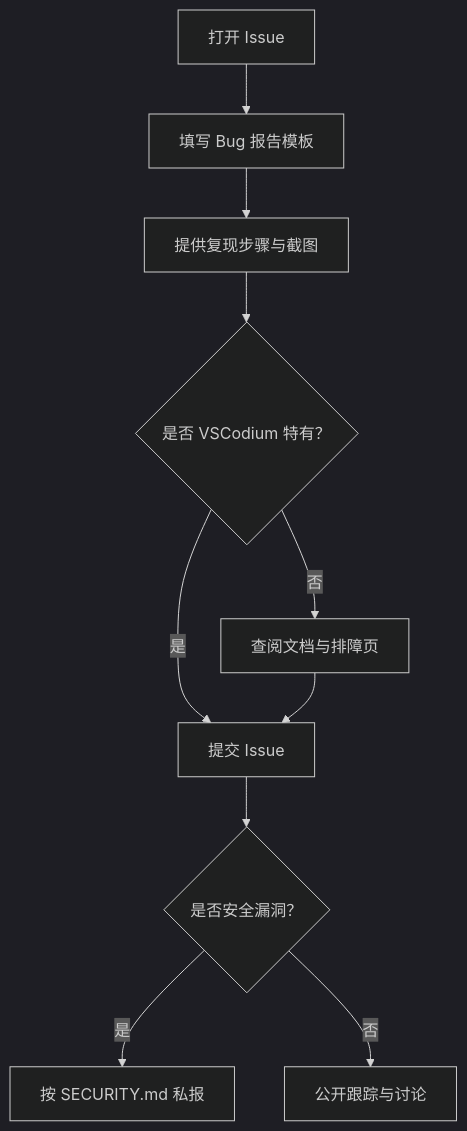
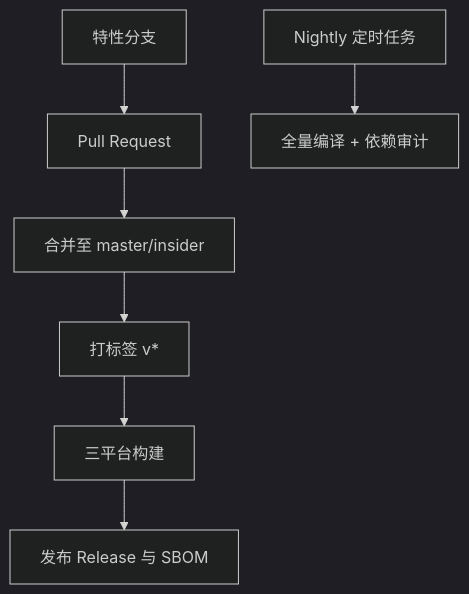
Before and after one commit to sofate798/KodrixCode: the fifth of 7 diagrams in .qoder/repowiki/zh/content/贡献指南.md, drawn with Mermaid (dark theme). The commit also changed other lines of this file and 178 other files, not shown here.

````diff
--- a/.qoder/repowiki/zh/content/贡献指南.md
+++ b/.qoder/repowiki/zh/content/贡献指南.md
@@ -215,12 +176,9 @@
 ```mermaid
 flowchart TD
-OpenIssue["打开 Issue"] --> FillTemplate["填写 Bug 报告模板"]
-FillTemplate --> Reproduce["提供复现步骤与截图"]
-Reproduce --> ConfirmScope{"是否 VSCodium 特有？"}
-ConfirmScope --> |是| Submit["提交 Issue"]
-ConfirmScope --> |否| CheckDocs["查阅文档与排障页"]
-CheckDocs --> Submit
-Submit --> SecurityCheck{"是否安全漏洞？"}
-SecurityCheck --> |是| PrivateReport["按 SECURITY.md 私报"]
-SecurityCheck --> |否| PublicTrack["公开跟踪与讨论"]
+Feature["特性分支"] --> PR["Pull Request"]
+PR --> Merge["合并至 master/insider"]
+Merge --> Tag["打标签 v*"]
+Tag --> Build["三平台构建"]
+Build --> Publish["发布 Release 与 SBOM"]
+Nightly["Nightly 定时任务"] --> Quality["全量编译 + 依赖审计"]
 ```
````
